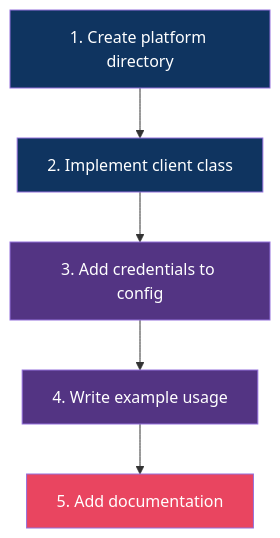
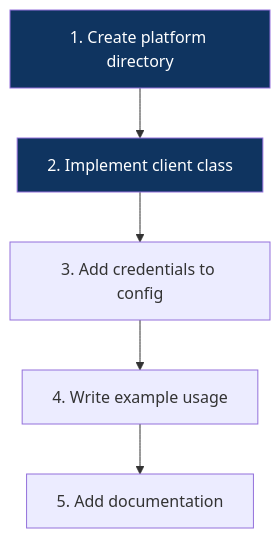
One commit to pankaj-kumar-techie/social-media-sdk changed the diagram in docs/extending.md. Above: the diagram before and after it, drawn with Mermaid. The commit also changed other lines of this file and 8 other files, not shown here.

Commit message:
Refactor README for clarity and add detailed architecture documentation.

````diff
--- a/docs/extending.md
+++ b/docs/extending.md
@@ -9,13 +9,10 @@
 ```mermaid
 flowchart TD
     A["1. Create platform directory"] --> B["2. Implement client class"]
     B --> C["3. Add credentials to config"]
     C --> D["4. Write example usage"]
     D --> E["5. Add documentation"]
 
     style A fill:#0f3460,color:#fff
     style B fill:#0f3460,color:#fff
-    style C fill:#533483,color:#fff
-    style D fill:#533483,color:#fff
-    style E fill:#e94560,color:#fff
 ```
````
